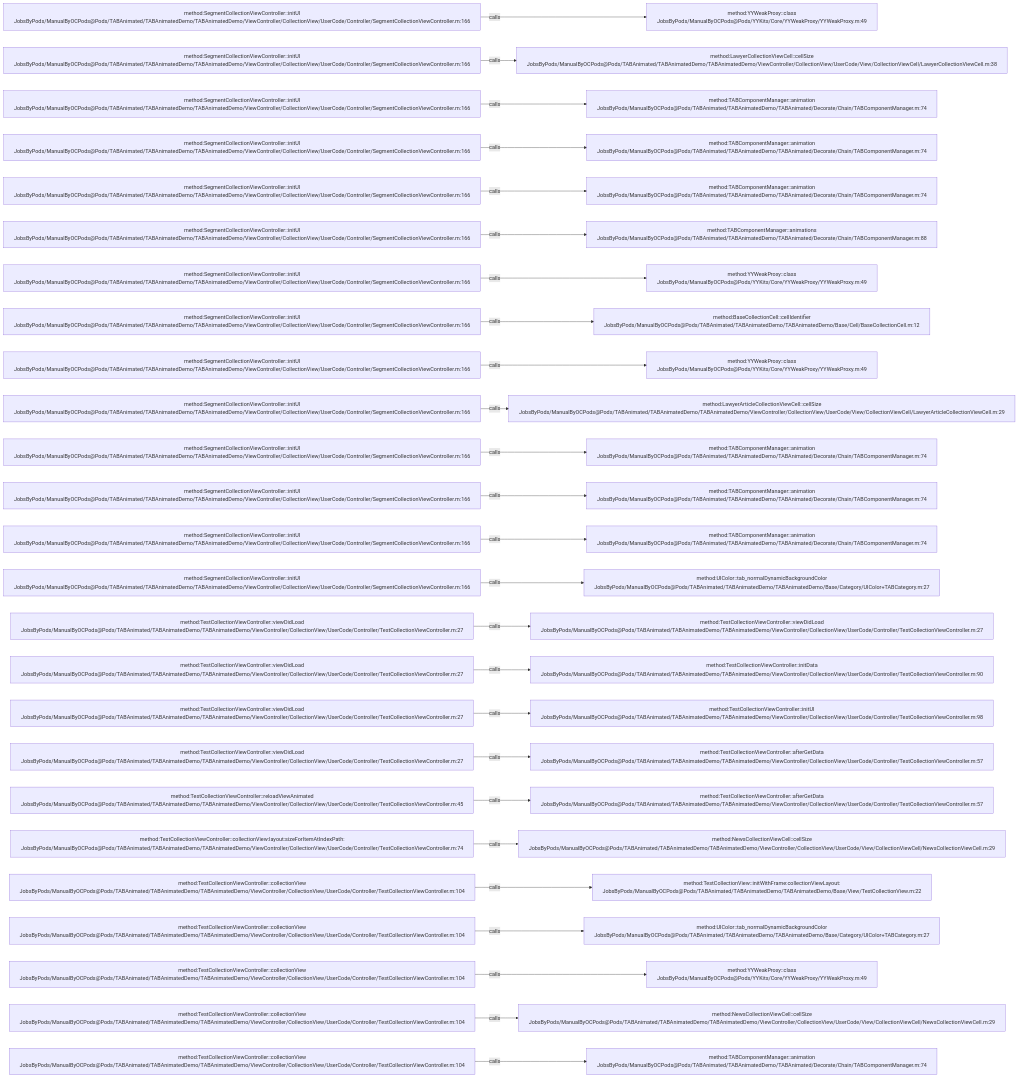
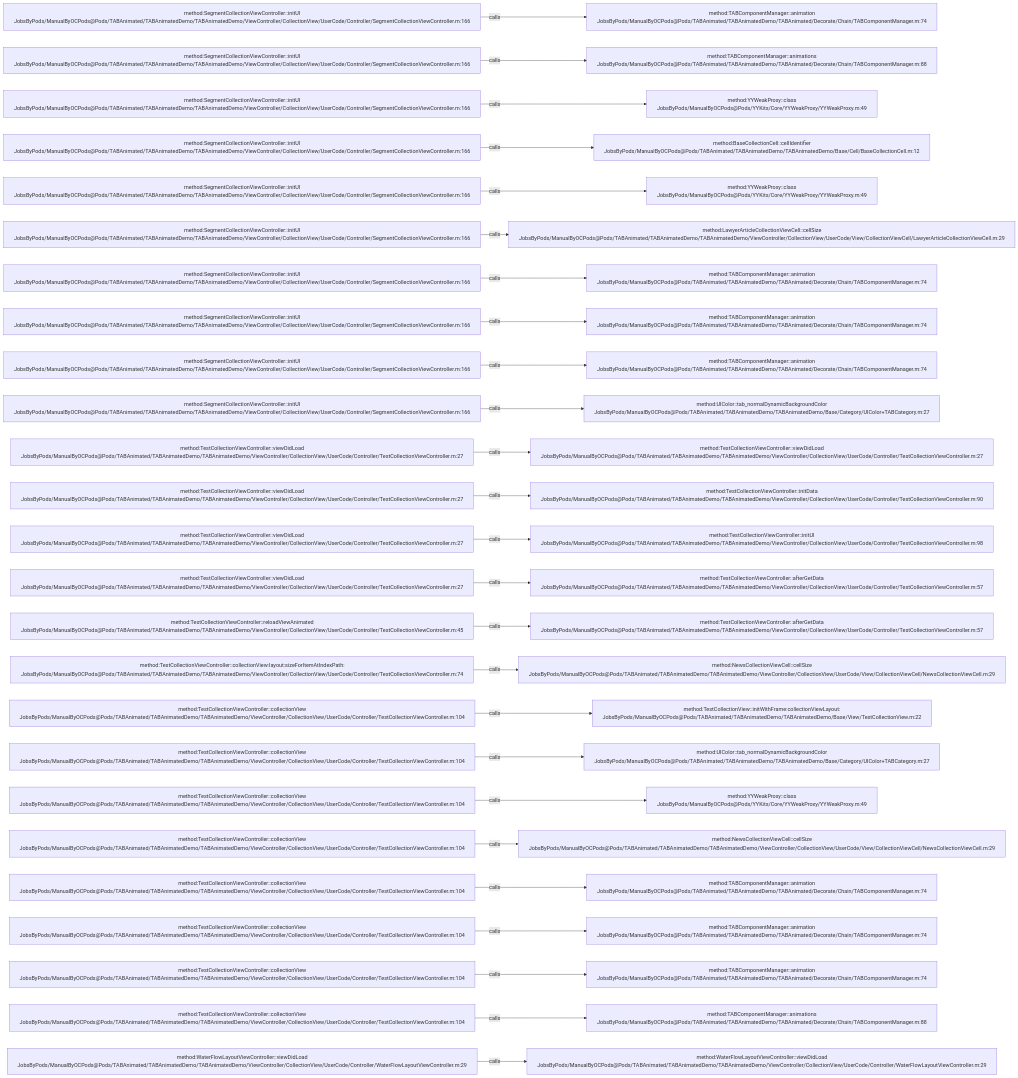
One commit to JobsKits/JobsOCBaseConfigDemo changed the diagram in .codegraph/codegraph.md/graphs/calls-050.md. Above: the diagram before and after it, drawn with Mermaid. The commit also changed 727 other files, not shown here.

````diff
--- a/.codegraph/codegraph.md/graphs/calls-050.md
+++ b/.codegraph/codegraph.md/graphs/calls-050.md
@@ -13,78 +13,78 @@
 ```mermaid
 flowchart LR
   S1["method:SegmentCollectionViewController::initUI<br/>JobsByPods/ManualByOCPods@Pods/TABAnimated/TABAnimatedDemo/TABAnimatedDemo/ViewController/CollectionView/UserCode/Controller/SegmentCollectionViewController.m:166"]
-  T1["method:YYWeakProxy::class<br/>JobsByPods/ManualByOCPods@Pods/YYKits/Core/YYWeakProxy/YYWeakProxy.m:49"]
+  T1["method:TABComponentManager::animation<br/>JobsByPods/ManualByOCPods@Pods/TABAnimated/TABAnimatedDemo/TABAnimated/Decorate/Chain/TABComponentManager.m:74"]
   S1 -->|calls| T1
   S2["method:SegmentCollectionViewController::initUI<br/>JobsByPods/ManualByOCPods@Pods/TABAnimated/TABAnimatedDemo/TABAnimatedDemo/ViewController/CollectionView/UserCode/Controller/SegmentCollectionViewController.m:166"]
-  T2["method:LawyerCollectionViewCell::cellSize<br/>JobsByPods/ManualByOCPods@Pods/TABAnimated/TABAnimatedDemo/TABAnimatedDemo/ViewController/CollectionView/UserCode/View/CollectionViewCell/LawyerCollectionViewCell.m:38"]
+  T2["method:TABComponentManager::animations<br/>JobsByPods/ManualByOCPods@Pods/TABAnimated/TABAnimatedDemo/TABAnimated/Decorate/Chain/TABComponentManager.m:88"]
   S2 -->|calls| T2
   S3["method:SegmentCollectionViewController::initUI<br/>JobsByPods/ManualByOCPods@Pods/TABAnimated/TABAnimatedDemo/TABAnimatedDemo/ViewController/CollectionView/UserCode/Controller/SegmentCollectionViewController.m:166"]
-  T3["method:TABComponentManager::animation<br/>JobsByPods/ManualByOCPods@Pods/TABAnimated/TABAnimatedDemo/TABAnimated/Decorate/Chain/TABComponentManager.m:74"]
+  T3["method:YYWeakProxy::class<br/>JobsByPods/ManualByOCPods@Pods/YYKits/Core/YYWeakProxy/YYWeakProxy.m:49"]
   S3 -->|calls| T3
   S4["method:SegmentCollectionViewController::initUI<br/>JobsByPods/ManualByOCPods@Pods/TABAnimated/TABAnimatedDemo/TABAnimatedDemo/ViewController/CollectionView/UserCode/Controller/SegmentCollectionViewController.m:166"]
-  T4["method:TABComponentManager::animation<br/>JobsByPods/ManualByOCPods@Pods/TABAnimated/TABAnimatedDemo/TABAnimated/Decorate/Chain/TABComponentManager.m:74"]
+  T4["method:BaseCollectionCell::cellIdentifier<br/>JobsByPods/ManualByOCPods@Pods/TABAnimated/TABAnimatedDemo/TABAnimatedDemo/Base/Cell/BaseCollectionCell.m:12"]
   S4 -->|calls| T4
   S5["method:SegmentCollectionViewController::initUI<br/>JobsByPods/ManualByOCPods@Pods/TABAnimated/TABAnimatedDemo/TABAnimatedDemo/ViewController/CollectionView/UserCode/Controller/SegmentCollectionViewController.m:166"]
-  T5["method:TABComponentManager::animation<br/>JobsByPods/ManualByOCPods@Pods/TABAnimated/TABAnimatedDemo/TABAnimated/Decorate/Chain/TABComponentManager.m:74"]
+  T5["method:YYWeakProxy::class<br/>JobsByPods/ManualByOCPods@Pods/YYKits/Core/YYWeakProxy/YYWeakProxy.m:49"]
   S5 -->|calls| T5
   S6["method:SegmentCollectionViewController::initUI<br/>JobsByPods/ManualByOCPods@Pods/TABAnimated/TABAnimatedDemo/TABAnimatedDemo/ViewController/CollectionView/UserCode/Controller/SegmentCollectionViewController.m:166"]
-  T6["method:TABComponentManager::animations<br/>JobsByPods/ManualByOCPods@Pods/TABAnimated/TABAnimatedDemo/TABAnimated/Decorate/Chain/TABComponentManager.m:88"]
+  T6["method:LawyerArticleCollectionViewCell::cellSize<br/>JobsByPods/ManualByOCPods@Pods/TABAnimated/TABAnimatedDemo/TABAnimatedDemo/ViewController/CollectionView/UserCode/View/CollectionViewCell/LawyerArticleCollectionViewCell.m:29"]
   S6 -->|calls| T6
   S7["method:SegmentCollectionViewController::initUI<br/>JobsByPods/ManualByOCPods@Pods/TABAnimated/TABAnimatedDemo/TABAnimatedDemo/ViewController/CollectionView/UserCode/Controller/SegmentCollectionViewController.m:166"]
-  T7["method:YYWeakProxy::class<br/>JobsByPods/ManualByOCPods@Pods/YYKits/Core/YYWeakProxy/YYWeakProxy.m:49"]
+  T7["method:TABComponentManager::animation<br/>JobsByPods/ManualByOCPods@Pods/TABAnimated/TABAnimatedDemo/TABAnimated/Decorate/Chain/TABComponentManager.m:74"]
   S7 -->|calls| T7
   S8["method:SegmentCollectionViewController::initUI<br/>JobsByPods/ManualByOCPods@Pods/TABAnimated/TABAnimatedDemo/TABAnimatedDemo/ViewController/CollectionView/UserCode/Controller/SegmentCollectionViewController.m:166"]
-  T8["method:BaseCollectionCell::cellIdentifier<br/>JobsByPods/ManualByOCPods@Pods/TABAnimated/TABAnimatedDemo/TABAnimatedDemo/Base/Cell/BaseCollectionCell.m:12"]
+  T8["method:TABComponentManager::animation<br/>JobsByPods/ManualByOCPods@Pods/TABAnimated/TABAnimatedDemo/TABAnimated/Decorate/Chain/TABComponentManager.m:74"]
   S8 -->|calls| T8
   S9["method:SegmentCollectionViewController::initUI<br/>JobsByPods/ManualByOCPods@Pods/TABAnimated/TABAnimatedDemo/TABAnimatedDemo/ViewController/CollectionView/UserCode/Controller/SegmentCollectionViewController.m:166"]
-  T9["method:YYWeakProxy::class<br/>JobsByPods/ManualByOCPods@Pods/YYKits/Core/YYWeakProxy/YYWeakProxy.m:49"]
+  T9["method:TABComponentManager::animation<br/>JobsByPods/ManualByOCPods@Pods/TABAnimated/TABAnimatedDemo/TABAnimated/Decorate/Chain/TABComponentManager.m:74"]
   S9 -->|calls| T9
   S10["method:SegmentCollectionViewController::initUI<br/>JobsByPods/ManualByOCPods@Pods/TABAnimated/TABAnimatedDemo/TABAnimatedDemo/ViewController/CollectionView/UserCode/Controller/SegmentCollectionViewController.m:166"]
-  T10["method:LawyerArticleCollectionViewCell::cellSize<br/>JobsByPods/ManualByOCPods@Pods/TABAnimated/TABAnimatedDemo/TABAnimatedDemo/ViewController/CollectionView/UserCode/View/CollectionViewCell/LawyerArticleCollectionViewCell.m:29"]
+  T10["method:UIColor::tab_normalDynamicBackgroundColor<br/>JobsByPods/ManualByOCPods@Pods/TABAnimated/TABAnimatedDemo/TABAnimatedDemo/Base/Category/UIColor+TABCategory.m:27"]
   S10 -->|calls| T10
-  S11["method:SegmentCollectionViewController::initUI<br/>JobsByPods/ManualByOCPods@Pods/TABAnimated/TABAnimatedDemo/TABAnimatedDemo/ViewController/CollectionView/UserCode/Controller/SegmentCollectionViewController.m:166"]
-  T11["method:TABComponentManager::animation<br/>JobsByPods/ManualByOCPods@Pods/TABAnimated/TABAnimatedDemo/TABAnimated/Decorate/Chain/TABComponentManager.m:74"]
+  S11["method:TestCollectionViewController::viewDidLoad<br/>JobsByPods/ManualByOCPods@Pods/TABAnimated/TABAnimatedDemo/TABAnimatedDemo/ViewController/CollectionView/UserCode/Controller/TestCollectionViewController.m:27"]
+  T11["method:TestCollectionViewController::viewDidLoad<br/>JobsByPods/ManualByOCPods@Pods/TABAnimated/TABAnimatedDemo/TABAnimatedDemo/ViewController/CollectionView/UserCode/Controller/TestCollectionViewController.m:27"]
   S11 -->|calls| T11
-  S12["method:SegmentCollectionViewController::initUI<br/>JobsByPods/ManualByOCPods@Pods/TABAnimated/TABAnimatedDemo/TABAnimatedDemo/ViewController/CollectionView/UserCode/Controller/SegmentCollectionViewController.m:166"]
-  T12["method:TABComponentManager::animation<br/>JobsByPods/ManualByOCPods@Pods/TABAnimated/TABAnimatedDemo/TABAnimated/Decorate/Chain/TABComponentManager.m:74"]
+  S12["method:TestCollectionViewController::viewDidLoad<br/>JobsByPods/ManualByOCPods@Pods/TABAnimated/TABAnimatedDemo/TABAnimatedDemo/ViewController/CollectionView/UserCode/Controller/TestCollectionViewController.m:27"]
+  T12["method:TestCollectionViewController::initData<br/>JobsByPods/ManualByOCPods@Pods/TABAnimated/TABAnimatedDemo/TABAnimatedDemo/ViewController/CollectionView/UserCode/Controller/TestCollectionViewController.m:90"]
   S12 -->|calls| T12
-  S13["method:SegmentCollectionViewController::initUI<br/>JobsByPods/ManualByOCPods@Pods/TABAnimated/TABAnimatedDemo/TABAnimatedDemo/ViewController/CollectionView/UserCode/Controller/SegmentCollectionViewController.m:166"]
-  T13["method:TABComponentManager::animation<br/>JobsByPods/ManualByOCPods@Pods/TABAnimated/TABAnimatedDemo/TABAnimated/Decorate/Chain/TABComponentManager.m:74"]
+  S13["method:TestCollectionViewController::viewDidLoad<br/>JobsByPods/ManualByOCPods@Pods/TABAnimated/TABAnimatedDemo/TABAnimatedDemo/ViewController/CollectionView/UserCode/Controller/TestCollectionViewController.m:27"]
+  T13["method:TestCollectionViewController::initUI<br/>JobsByPods/ManualByOCPods@Pods/TABAnimated/TABAnimatedDemo/TABAnimatedDemo/ViewController/CollectionView/UserCode/Controller/TestCollectionViewController.m:98"]
   S13 -->|calls| T13
-  S14["method:SegmentCollectionViewController::initUI<br/>JobsByPods/ManualByOCPods@Pods/TABAnimated/TABAnimatedDemo/TABAnimatedDemo/ViewController/CollectionView/UserCode/Controller/SegmentCollectionViewController.m:166"]
-  T14["method:UIColor::tab_normalDynamicBackgroundColor<br/>JobsByPods/ManualByOCPods@Pods/TABAnimated/TABAnimatedDemo/TABAnimatedDemo/Base/Category/UIColor+TABCategory.m:27"]
+  S14["method:TestCollectionViewController::viewDidLoad<br/>JobsByPods/ManualByOCPods@Pods/TABAnimated/TABAnimatedDemo/TABAnimatedDemo/ViewController/CollectionView/UserCode/Controller/TestCollectionViewController.m:27"]
+  T14["method:TestCollectionViewController::afterGetData<br/>JobsByPods/ManualByOCPods@Pods/TABAnimated/TABAnimatedDemo/TABAnimatedDemo/ViewController/CollectionView/UserCode/Controller/TestCollectionViewController.m:57"]
   S14 -->|calls| T14
-  S15["method:TestCollectionViewController::viewDidLoad<br/>JobsByPods/ManualByOCPods@Pods/TABAnimated/TABAnimatedDemo/TABAnimatedDemo/ViewController/CollectionView/UserCode/Controller/TestCollectionViewController.m:27"]
-  T15["method:TestCollectionViewController::viewDidLoad<br/>JobsByPods/ManualByOCPods@Pods/TABAnimated/TABAnimatedDemo/TABAnimatedDemo/ViewController/CollectionView/UserCode/Controller/TestCollectionViewController.m:27"]
+  S15["method:TestCollectionViewController::reloadViewAnimated<br/>JobsByPods/ManualByOCPods@Pods/TABAnimated/TABAnimatedDemo/TABAnimatedDemo/ViewController/CollectionView/UserCode/Controller/TestCollectionViewController.m:45"]
+  T15["method:TestCollectionViewController::afterGetData<br/>JobsByPods/ManualByOCPods@Pods/TABAnimated/TABAnimatedDemo/TABAnimatedDemo/ViewController/CollectionView/UserCode/Controller/TestCollectionViewController.m:57"]
   S15 -->|calls| T15
-  S16["method:TestCollectionViewController::viewDidLoad<br/>JobsByPods/ManualByOCPods@Pods/TABAnimated/TABAnimatedDemo/TABAnimatedDemo/ViewController/CollectionView/UserCode/Controller/TestCollectionViewController.m:27"]
-  T16["method:TestCollectionViewController::initData<br/>JobsByPods/ManualByOCPods@Pods/TABAnimated/TABAnimatedDemo/TABAnimatedDemo/ViewController/CollectionView/UserCode/Controller/TestCollectionViewController.m:90"]
+  S16["method:TestCollectionViewController::collectionView:layout:sizeForItemAtIndexPath:<br/>JobsByPods/ManualByOCPods@Pods/TABAnimated/TABAnimatedDemo/TABAnimatedDemo/ViewController/CollectionView/UserCode/Controller/TestCollectionViewController.m:74"]
+  T16["method:NewsCollectionViewCell::cellSize<br/>JobsByPods/ManualByOCPods@Pods/TABAnimated/TABAnimatedDemo/TABAnimatedDemo/ViewController/CollectionView/UserCode/View/CollectionViewCell/NewsCollectionViewCell.m:29"]
   S16 -->|calls| T16
-  S17["method:TestCollectionViewController::viewDidLoad<br/>JobsByPods/ManualByOCPods@Pods/TABAnimated/TABAnimatedDemo/TABAnimatedDemo/ViewController/CollectionView/UserCode/Controller/TestCollectionViewController.m:27"]
-  T17["method:TestCollectionViewController::initUI<br/>JobsByPods/ManualByOCPods@Pods/TABAnimated/TABAnimatedDemo/TABAnimatedDemo/ViewController/CollectionView/UserCode/Controller/TestCollectionViewController.m:98"]
+  S17["method:TestCollectionViewController::collectionView<br/>JobsByPods/ManualByOCPods@Pods/TABAnimated/TABAnimatedDemo/TABAnimatedDemo/ViewController/CollectionView/UserCode/Controller/TestCollectionViewController.m:104"]
+  T17["method:TestCollectionView::initWithFrame:collectionViewLayout:<br/>JobsByPods/ManualByOCPods@Pods/TABAnimated/TABAnimatedDemo/TABAnimatedDemo/Base/View/TestCollectionView.m:22"]
   S17 -->|calls| T17
-  S18["method:TestCollectionViewController::viewDidLoad<br/>JobsByPods/ManualByOCPods@Pods/TABAnimated/TABAnimatedDemo/TABAnimatedDemo/ViewController/CollectionView/UserCode/Controller/TestCollectionViewController.m:27"]
-  T18["method:TestCollectionViewController::afterGetData<br/>JobsByPods/ManualByOCPods@Pods/TABAnimated/TABAnimatedDemo/TABAnimatedDemo/ViewController/CollectionView/UserCode/Controller/TestCollectionViewController.m:57"]
+  S18["method:TestCollectionViewController::collectionView<br/>JobsByPods/ManualByOCPods@Pods/TABAnimated/TABAnimatedDemo/TABAnimatedDemo/ViewController/CollectionView/UserCode/Controller/TestCollectionViewController.m:104"]
+  T18["method:UIColor::tab_normalDynamicBackgroundColor<br/>JobsByPods/ManualByOCPods@Pods/TABAnimated/TABAnimatedDemo/TABAnimatedDemo/Base/Category/UIColor+TABCategory.m:27"]
   S18 -->|calls| T18
-  S19["method:TestCollectionViewController::reloadViewAnimated<br/>JobsByPods/ManualByOCPods@Pods/TABAnimated/TABAnimatedDemo/TABAnimatedDemo/ViewController/CollectionView/UserCode/Controller/TestCollectionViewController.m:45"]
-  T19["method:TestCollectionViewController::afterGetData<br/>JobsByPods/ManualByOCPods@Pods/TABAnimated/TABAnimatedDemo/TABAnimatedDemo/ViewController/CollectionView/UserCode/Controller/TestCollectionViewController.m:57"]
+  S19["method:TestCollectionViewController::collectionView<br/>JobsByPods/ManualByOCPods@Pods/TABAnimated/TABAnimatedDemo/TABAnimatedDemo/ViewController/CollectionView/UserCode/Controller/TestCollectionViewController.m:104"]
+  T19["method:YYWeakProxy::class<br/>JobsByPods/ManualByOCPods@Pods/YYKits/Core/YYWeakProxy/YYWeakProxy.m:49"]
   S19 -->|calls| T19
-  S20["method:TestCollectionViewController::collectionView:layout:sizeForItemAtIndexPath:<br/>JobsByPods/ManualByOCPods@Pods/TABAnimated/TABAnimatedDemo/TABAnimatedDemo/ViewController/CollectionView/UserCode/Controller/TestCollectionViewController.m:74"]
+  S20["method:TestCollectionViewController::collectionView<br/>JobsByPods/ManualByOCPods@Pods/TABAnimated/TABAnimatedDemo/TABAnimatedDemo/ViewController/CollectionView/UserCode/Controller/TestCollectionViewController.m:104"]
   T20["method:NewsCollectionViewCell::cellSize<br/>JobsByPods/ManualByOCPods@Pods/TABAnimated/TABAnimatedDemo/TABAnimatedDemo/ViewController/CollectionView/UserCode/View/CollectionViewCell/NewsCollectionViewCell.m:29"]
   S20 -->|calls| T20
   S21["method:TestCollectionViewController::collectionView<br/>JobsByPods/ManualByOCPods@Pods/TABAnimated/TABAnimatedDemo/TABAnimatedDemo/ViewController/CollectionView/UserCode/Controller/TestCollectionViewController.m:104"]
-  T21["method:TestCollectionView::initWithFrame:collectionViewLayout:<br/>JobsByPods/ManualByOCPods@Pods/TABAnimated/TABAnimatedDemo/TABAnimatedDemo/Base/View/TestCollectionView.m:22"]
+  T21["method:TABComponentManager::animation<br/>JobsByPods/ManualByOCPods@Pods/TABAnimated/TABAnimatedDemo/TABAnimated/Decorate/Chain/TABComponentManager.m:74"]
   S21 -->|calls| T21
   S22["method:TestCollectionViewController::collectionView<br/>JobsByPods/ManualByOCPods@Pods/TABAnimated/TABAnimatedDemo/TABAnimatedDemo/ViewController/CollectionView/UserCode/Controller/TestCollectionViewController.m:104"]
-  T22["method:UIColor::tab_normalDynamicBackgroundColor<br/>JobsByPods/ManualByOCPods@Pods/TABAnimated/TABAnimatedDemo/TABAnimatedDemo/Base/Category/UIColor+TABCategory.m:27"]
+  T22["method:TABComponentManager::animation<br/>JobsByPods/ManualByOCPods@Pods/TABAnimated/TABAnimatedDemo/TABAnimated/Decorate/Chain/TABComponentManager.m:74"]
   S22 -->|calls| T22
   S23["method:TestCollectionViewController::collectionView<br/>JobsByPods/ManualByOCPods@Pods/TABAnimated/TABAnimatedDemo/TABAnimatedDemo/ViewController/CollectionView/UserCode/Controller/TestCollectionViewController.m:104"]
-  T23["method:YYWeakProxy::class<br/>JobsByPods/ManualByOCPods@Pods/YYKits/Core/YYWeakProxy/YYWeakProxy.m:49"]
+  T23["method:TABComponentManager::animation<br/>JobsByPods/ManualByOCPods@Pods/TABAnimated/TABAnimatedDemo/TABAnimated/Decorate/Chain/TABComponentManager.m:74"]
   S23 -->|calls| T23
   S24["method:TestCollectionViewController::collectionView<br/>JobsByPods/ManualByOCPods@Pods/TABAnimated/TABAnimatedDemo/TABAnimatedDemo/ViewController/CollectionView/UserCode/Controller/TestCollectionViewController.m:104"]
-  T24["method:NewsCollectionViewCell::cellSize<br/>JobsByPods/ManualByOCPods@Pods/TABAnimated/TABAnimatedDemo/TABAnimatedDemo/ViewController/CollectionView/UserCode/View/CollectionViewCell/NewsCollectionViewCell.m:29"]
+  T24["method:TABComponentManager::animations<br/>JobsByPods/ManualByOCPods@Pods/TABAnimated/TABAnimatedDemo/TABAnimated/Decorate/Chain/TABComponentManager.m:88"]
   S24 -->|calls| T24
-  S25["method:TestCollectionViewController::collectionView<br/>JobsByPods/ManualByOCPods@Pods/TABAnimated/TABAnimatedDemo/TABAnimatedDemo/ViewController/CollectionView/UserCode/Controller/TestCollectionViewController.m:104"]
-  T25["method:TABComponentManager::animation<br/>JobsByPods/ManualByOCPods@Pods/TABAnimated/TABAnimatedDemo/TABAnimated/Decorate/Chain/TABComponentManager.m:74"]
+  S25["method:WaterFlowLayoutViewController::viewDidLoad<br/>JobsByPods/ManualByOCPods@Pods/TABAnimated/TABAnimatedDemo/TABAnimatedDemo/ViewController/CollectionView/UserCode/Controller/WaterFlowLayoutViewController.m:29"]
+  T25["method:WaterFlowLayoutViewController::viewDidLoad<br/>JobsByPods/ManualByOCPods@Pods/TABAnimated/TABAnimatedDemo/TABAnimatedDemo/ViewController/CollectionView/UserCode/Controller/WaterFlowLayoutViewController.m:29"]
   S25 -->|calls| T25
 ```
````
